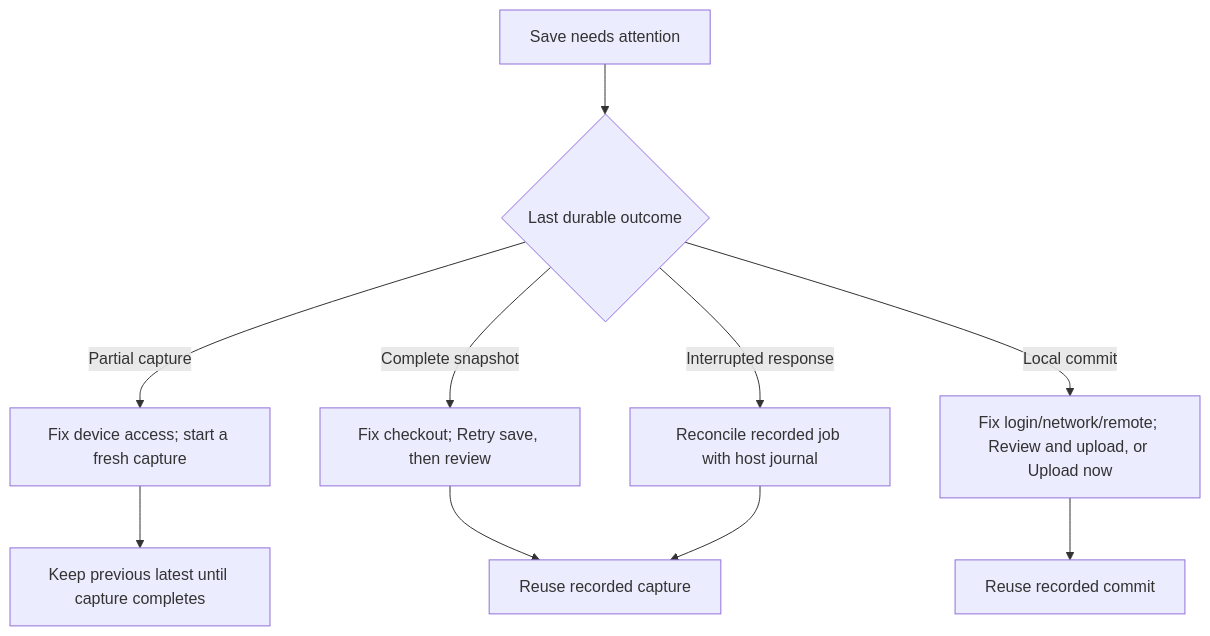
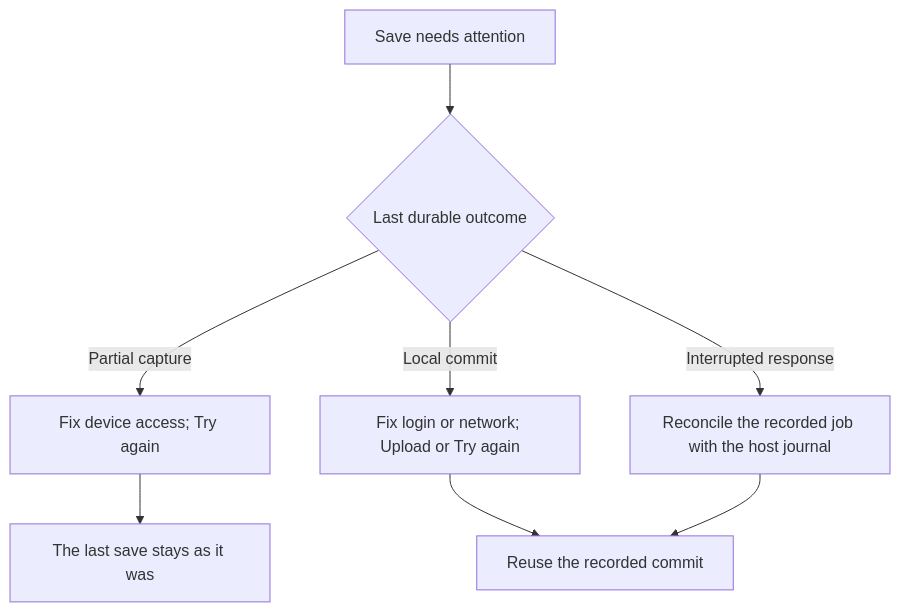
The second of 3 diagrams in docs/GIT-PROGRESS.md (ArchRuger/CLAB-BACKUP-WORKER-v2), drawn with Mermaid before and after one commit. The commit also changed other lines of this file, not shown here.

First line of the commit message:
D1: GIT-PROGRESS.md rewritten for the Save / Load / lab-state model

````diff
--- a/docs/GIT-PROGRESS.md
+++ b/docs/GIT-PROGRESS.md
@@ -435,12 +712,10 @@
 ```mermaid
 flowchart TD
     A[Save needs attention] --> B{Last durable outcome}
-    B -- Partial capture --> C[Fix device access; start a fresh capture]
-    B -- Complete snapshot --> D[Fix checkout; Retry save, then review]
-    B -- Local commit --> E[Fix login/network/remote; Review and upload, or Upload now]
-    B -- Interrupted response --> F[Reconcile recorded job with host journal]
-    C --> G[Keep previous latest until capture completes]
-    D --> H[Reuse recorded capture]
-    E --> I[Reuse recorded commit]
-    F --> H
+    B -- Partial capture --> C[Fix device access; Try again]
+    B -- Local commit --> E[Fix login or network; Upload or Try again]
+    B -- Interrupted response --> F[Reconcile the recorded job with the host journal]
+    C --> G[The last save stays as it was]
+    E --> I[Reuse the recorded commit]
+    F --> I
 ```
````
